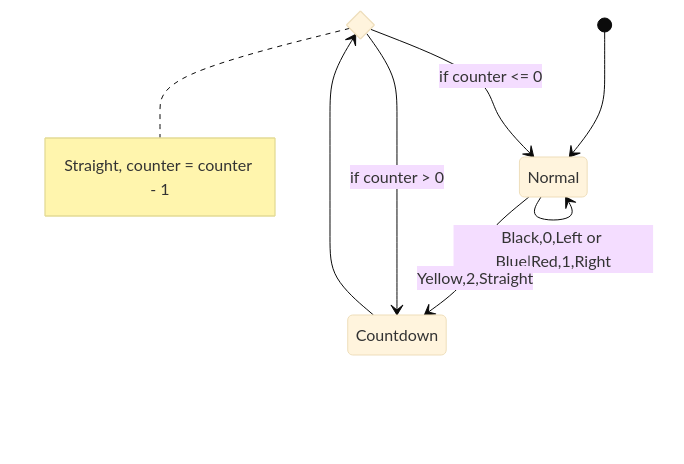
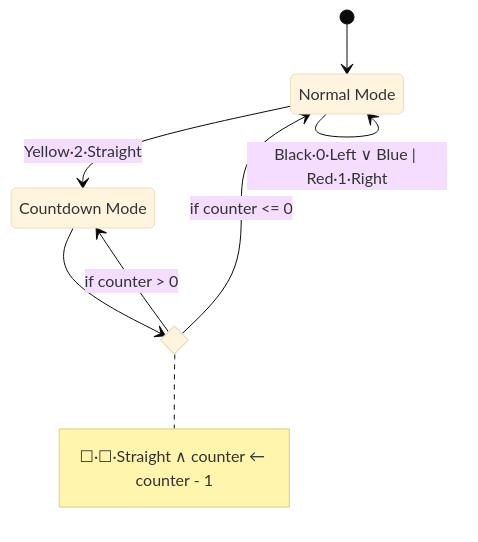
Before and after one commit to ben-my-to/portme: the diagram in content/posts/larks-ant-project.md, drawn with Mermaid (base theme). The commit also changed other lines of this file and 35 other files, not shown here.

Commit message:
temp fix bug and updated mermaid diagram

````diff
--- a/content/posts/larks-ant-project.md
+++ b/content/posts/larks-ant-project.md
@@ -60,11 +215,13 @@
 ```mermaid
 stateDiagram-v2
+    a : Normal Mode
+    c : Countdown Mode
     state if_state <<choice>>
-    [*] --> Normal
-    Normal --> Normal: Black,0,Left or Blue|Red,1,Right
-    Normal --> Countdown : Yellow,2,Straight
-    Countdown --> if_state
-    if_state --> Countdown: if counter > 0
-    if_state --> Normal: if counter <= 0
-    note right of if_state : Straight, counter = counter - 1
+    [*] --> a
+    a --> a : Black·0·Left ∨ Blue | Red·1·Right
+    a --> c : Yellow·2·Straight
+    c --> if_state
+    if_state --> c: if counter > 0
+    if_state --> a: if counter <= 0
+    note right of if_state : ☐·☐·Straight ∧ counter ← counter - 1
 ```
````
